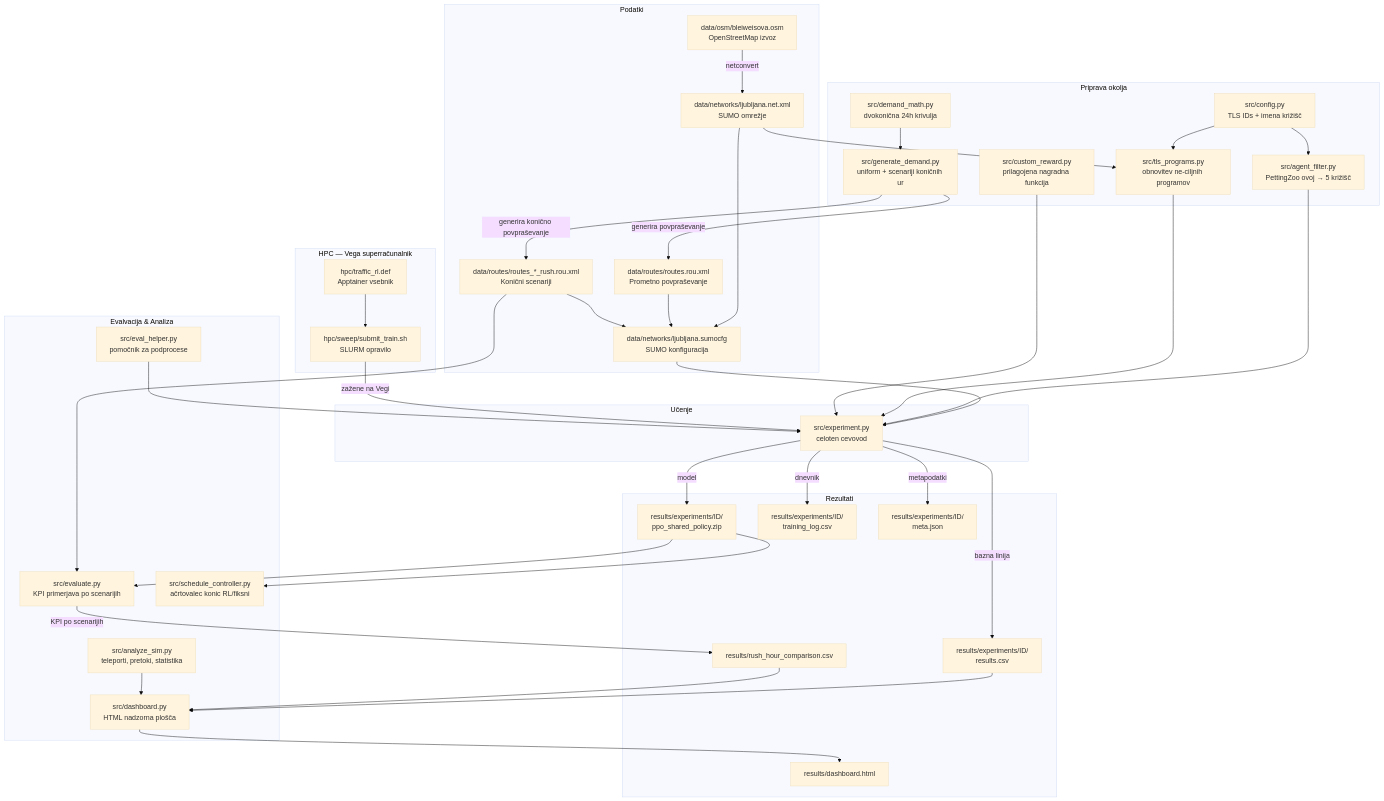
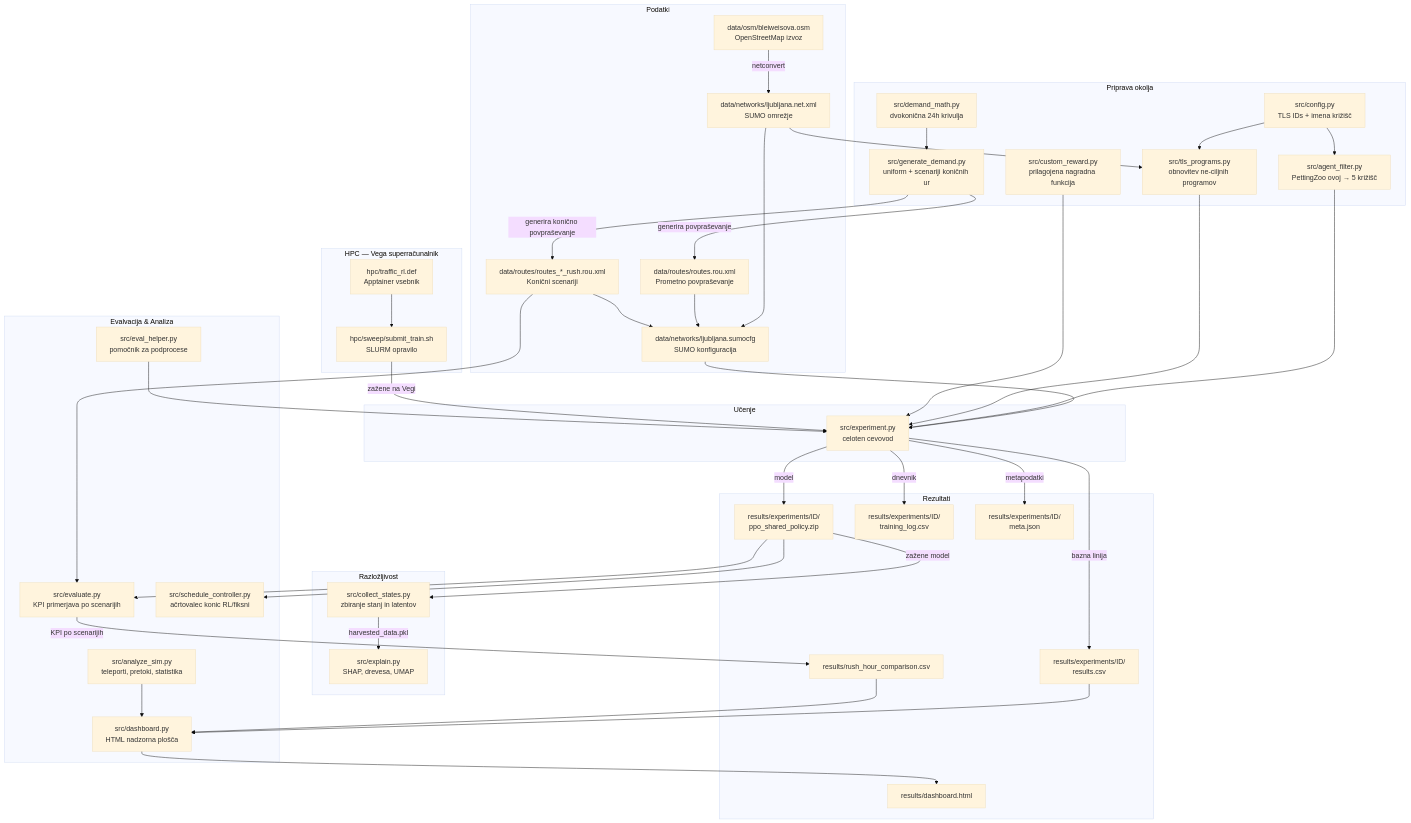
Before and after one commit to TianK003/ZeleniSignaLJ: the diagram in README.md, drawn with Mermaid (base theme). The commit also changed other lines of this file and 1 other file, not shown here.

````diff
--- a/README.md
+++ b/README.md
@@ -289,6 +395,11 @@
         ANALYZE["src/analyze_sim.py\nteleporti, pretoki, statistika"]
         DASHBOARD["src/dashboard.py\nHTML nadzorna plošča"]
         SCHEDCTRL["src/schedule_controller.py\načrtovalec konic RL/fiksni"]
+    end
+
+    subgraph SRC_EXPLAIN ["Razložljivost"]
+        COLLECT["src/collect_states.py\nzbiranje stanj in latentov"]
+        EXPLAIN["src/explain.py\nSHAP, drevesa, UMAP"]
     end
 
     subgraph HPC ["HPC — Vega superračunalnik"]
@@ -339,6 +450,9 @@
 
     MODEL --> SCHEDCTRL
 
+    MODEL -->|"zažene model"| COLLECT
+    COLLECT -->|"harvested_data.pkl"| EXPLAIN
+
     DEF --> SLURM
     SLURM -->|"zažene na Vegi"| EXPERIMENT
 ```
````
